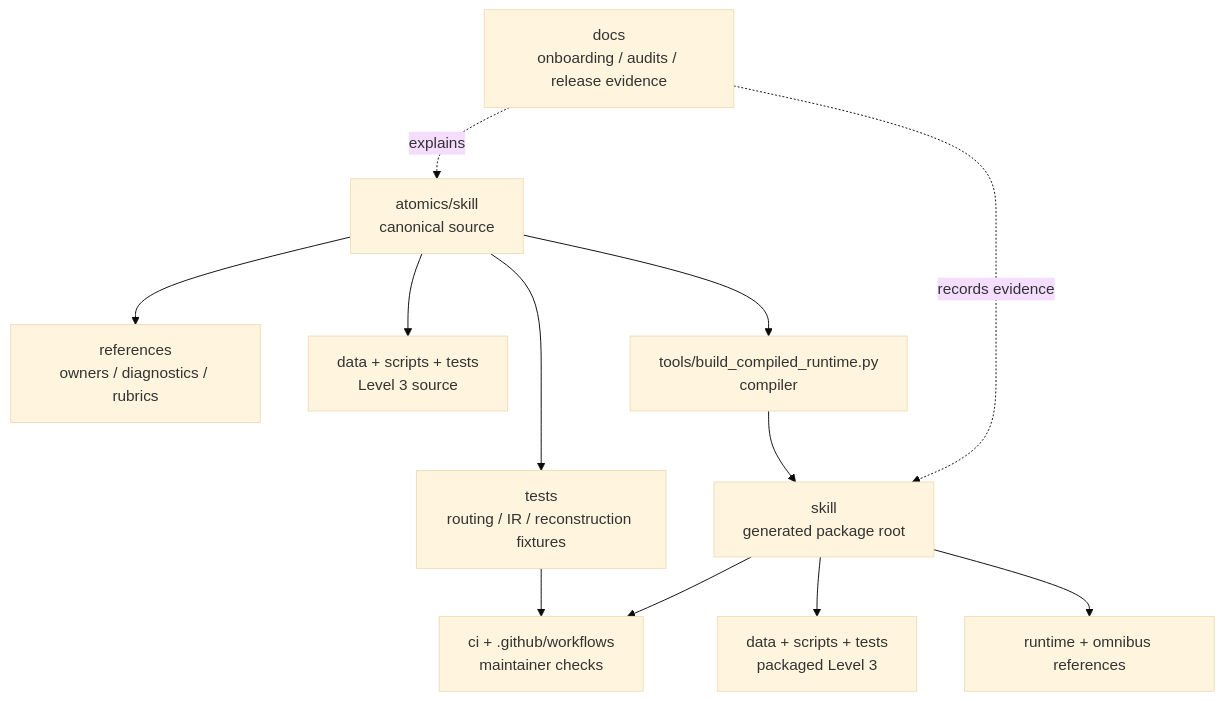
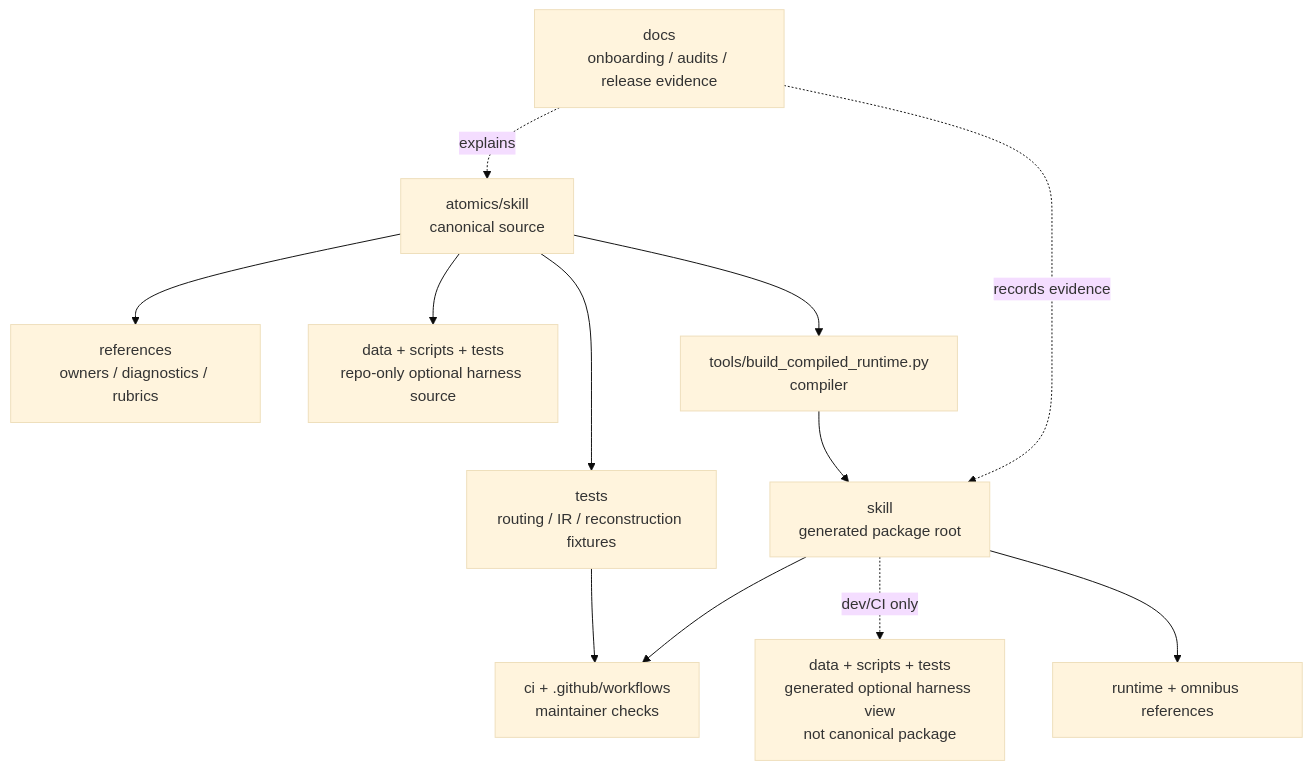
The first of 3 diagrams in README.md (theislampill/daee-epistemics), drawn with Mermaid (base theme) before and after one commit. The commit also changed other lines of this file and 60 other files, not shown here.

Commit message:
fix: recover canonical compact DSL runtime depth

````diff
--- a/README.md
+++ b/README.md
@@ -348,26 +389,26 @@
 ```mermaid
 flowchart TB
 
 SRC["atomics/skill<br/>canonical source"]
 SRCREF["references<br/>owners / diagnostics / rubrics"]
-SRCL3["data + scripts + tests<br/>Level 3 source"]
+SRCL3["data + scripts + tests<br/>repo-only optional harness source"]
 BUILD["tools/build_compiled_runtime.py<br/>compiler"]
 RUNTIME["skill<br/>generated package root"]
 RTREF["runtime + omnibus references"]
-RTL3["data + scripts + tests<br/>packaged Level 3"]
+RTL3["data + scripts + tests<br/>generated optional harness view<br/>not canonical package"]
 TESTS["tests<br/>routing / IR / reconstruction fixtures"]
 CI["ci + .github/workflows<br/>maintainer checks"]
 DOCS["docs<br/>onboarding / audits / release evidence"]
 
 SRC --> SRCREF
 SRC --> SRCL3
 SRC --> BUILD
 BUILD --> RUNTIME
 RUNTIME --> RTREF
-RUNTIME --> RTL3
+RUNTIME -. dev/CI only .-> RTL3
 SRC --> TESTS
 TESTS --> CI
 RUNTIME --> CI
 DOCS -. explains .-> SRC
 DOCS -. records evidence .-> RUNTIME
 ```
````
